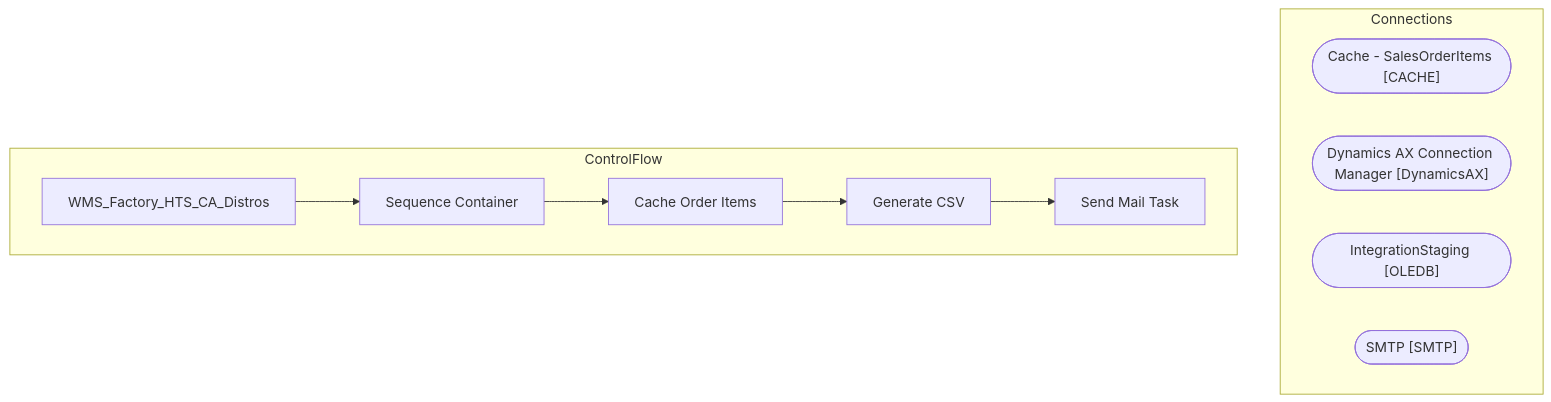
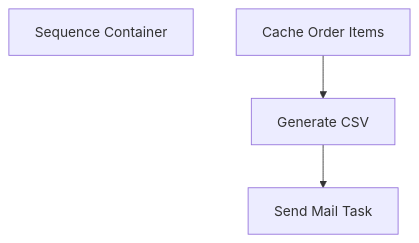
One commit to juanandresbrain/BABSkills changed the diagram in bab-docs-explorer/Documentation/STL-SSIS-P-01/SSIS/WMS/WMS_Factory_HTS_CA_Distros.WMS_Factory_HTS_CA_Distros.md. Above: the diagram before and after it, drawn with Mermaid. The commit also changed other lines of this file and 273 other files, not shown here.

````diff
--- a/bab-docs-explorer/Documentation/STL-SSIS-P-01/SSIS/WMS/WMS_Factory_HTS_CA_Distros.WMS_Factory_HTS_CA_Distros.md
+++ b/bab-docs-explorer/Documentation/STL-SSIS-P-01/SSIS/WMS/WMS_Factory_HTS_CA_Distros.WMS_Factory_HTS_CA_Distros.md
@@ -9,20 +37,9 @@
 ```mermaid
 flowchart TD
-    subgraph Connections
-        Cache___SalesOrderItems_conn(["Cache - SalesOrderItems [CACHE]"])
-        Dynamics_AX_Connection_Manager_conn(["Dynamics AX Connection Manager [DynamicsAX]"])
-        IntegrationStaging_conn(["IntegrationStaging [OLEDB]"])
-        SMTP_conn(["SMTP [SMTP]"])
-    end
-    subgraph ControlFlow
-        WMS_Factory_HTS_CA_Distros_task["WMS_Factory_HTS_CA_Distros"]
-        Sequence_Container_task["Sequence Container"]
-        WMS_Factory_HTS_CA_Distros_task --> Sequence_Container_task
-        Cache_Order_Items_task["Cache Order Items"]
-        Sequence_Container_task --> Cache_Order_Items_task
-        Generate_CSV_task["Generate CSV"]
-        Cache_Order_Items_task --> Generate_CSV_task
-        Send_Mail_Task_task["Send Mail Task"]
-        Generate_CSV_task --> Send_Mail_Task_task
-    end
+    n_Package_Sequence_Container["Sequence Container"]
+    n_Package_Sequence_Container_Cache_Order_Items["Cache Order Items"]
+    n_Package_Sequence_Container_Generate_CSV["Generate CSV"]
+    n_Package_Sequence_Container_Send_Mail_Task["Send Mail Task"]
+    n_Package_Sequence_Container_Cache_Order_Items --> n_Package_Sequence_Container_Generate_CSV
+    n_Package_Sequence_Container_Generate_CSV --> n_Package_Sequence_Container_Send_Mail_Task
 ```
````
